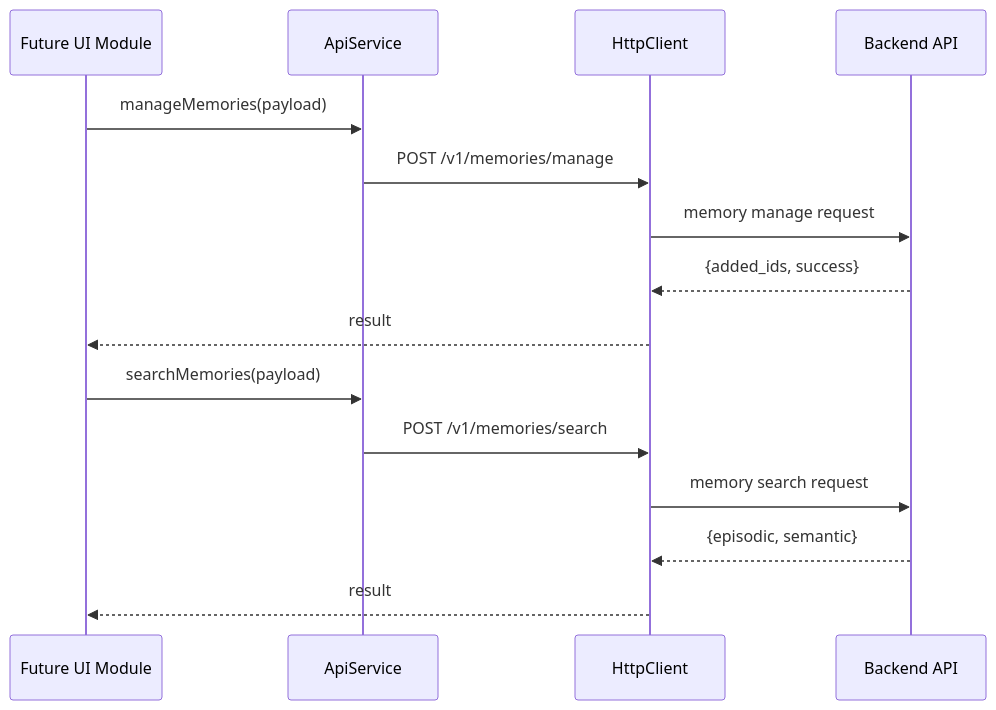
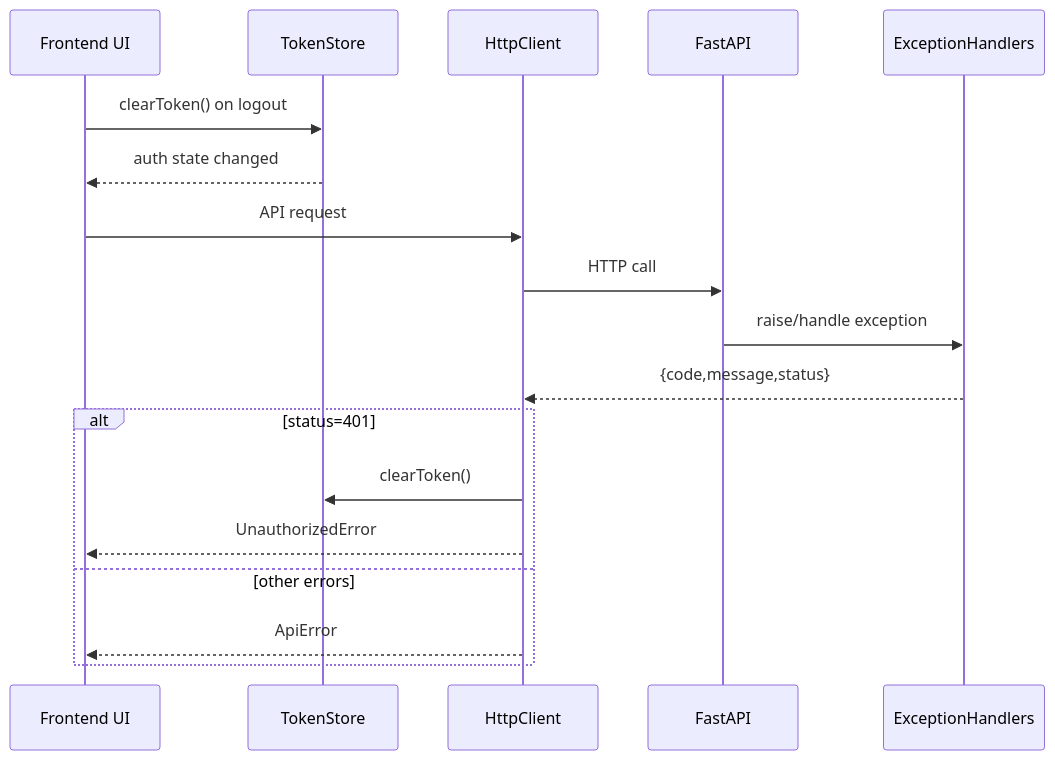
Diagram 13 of 13 in .agent/project.md (ChasePassion/role-playing), drawn with Mermaid before and after one commit. The commit also changed other lines of this file, not shown here.

````diff
--- a/.agent/project.md
+++ b/.agent/project.md
@@ -529,19 +640,22 @@
 ```mermaid
 sequenceDiagram
-    participant FutureUI as Future UI Module
-    participant AS as ApiService
+    participant UI as Frontend UI
+    participant TS as TokenStore
     participant HC as HttpClient
-    participant API as Backend API
+    participant BE as FastAPI
+    participant EH as ExceptionHandlers
 
-    FutureUI->>AS: manageMemories(payload)
-    AS->>HC: POST /v1/memories/manage
-    HC->>API: memory manage request
-    API-->>HC: {added_ids, success}
-    HC-->>FutureUI: result
+    UI->>TS: clearToken() on logout
+    TS-->>UI: auth state changed
 
-    FutureUI->>AS: searchMemories(payload)
-    AS->>HC: POST /v1/memories/search
-    HC->>API: memory search request
-    API-->>HC: {episodic, semantic}
-    HC-->>FutureUI: result
+    UI->>HC: API request
+    HC->>BE: HTTP call
+    BE->>EH: raise/handle exception
+    EH-->>HC: {code,message,status}
+    alt status=401
+      HC->>TS: clearToken()
+      HC-->>UI: UnauthorizedError
+    else other errors
+      HC-->>UI: ApiError
+    end
 ```
````
